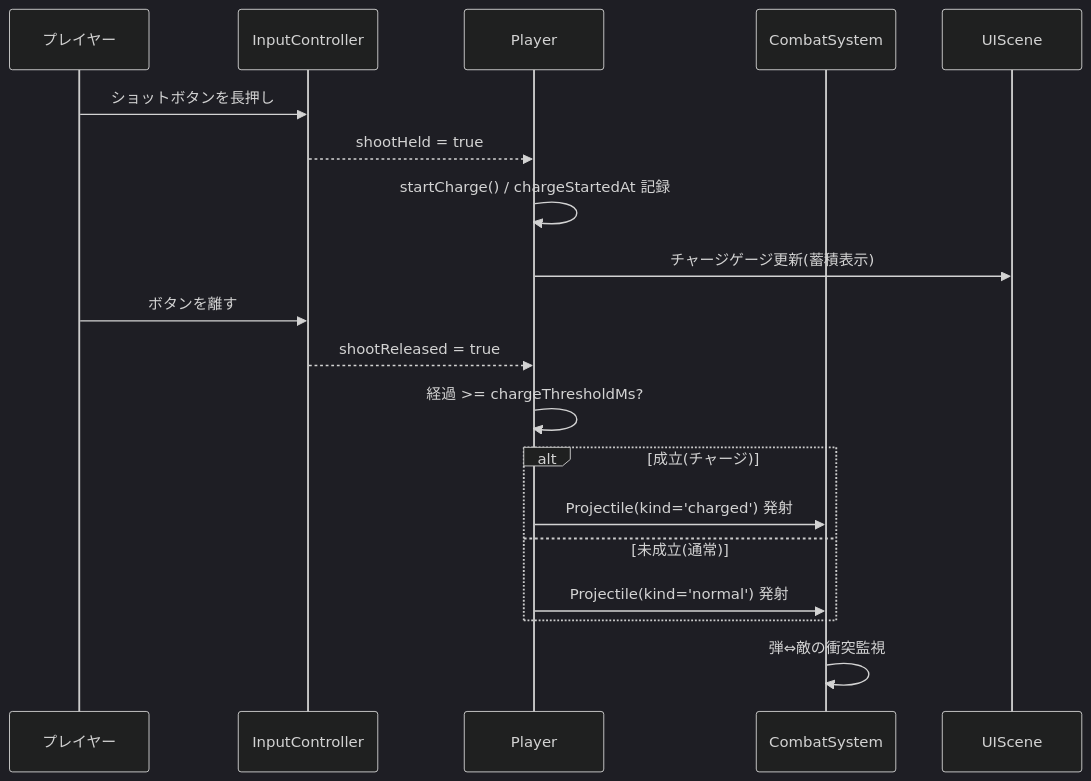
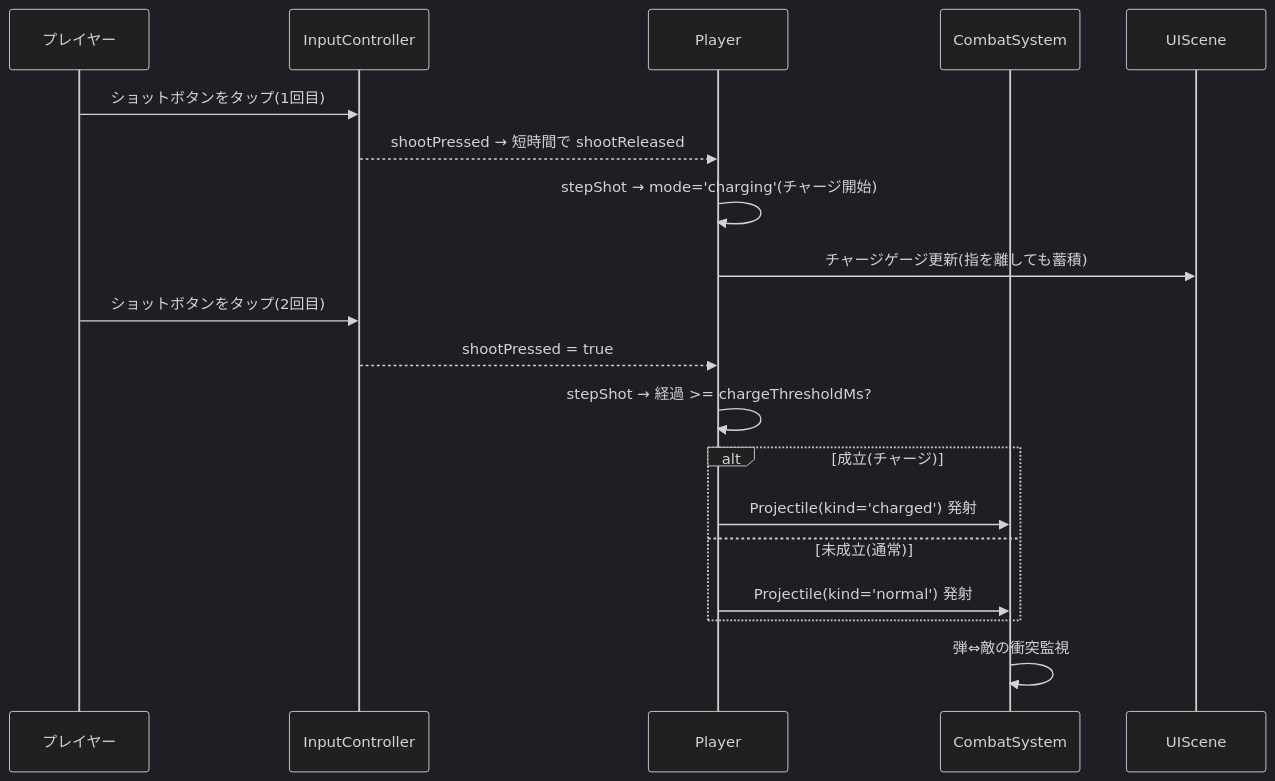
Before and after one commit to n-yata/last-spark: the third of 4 diagrams in docs/functional-design.md, drawn with Mermaid (dark theme). The commit also changed other lines of this file and 15 other files, not shown here.

````diff
--- a/docs/functional-design.md
+++ b/docs/functional-design.md
@@ -271,22 +271,22 @@
 ```mermaid
 sequenceDiagram
     participant User as プレイヤー
     participant Input as InputController
     participant Player
     participant Combat as CombatSystem
     participant UI as UIScene
 
-    User->>Input: ショットボタンを長押し
-    Input-->>Player: shootHeld = true
-    Player->>Player: startCharge() / chargeStartedAt 記録
-    Player->>UI: チャージゲージ更新(蓄積表示)
-    User->>Input: ボタンを離す
-    Input-->>Player: shootReleased = true
-    Player->>Player: 経過 >= chargeThresholdMs?
+    User->>Input: ショットボタンをタップ(1回目)
+    Input-->>Player: shootPressed → 短時間で shootReleased
+    Player->>Player: stepShot → mode='charging'(チャージ開始)
+    Player->>UI: チャージゲージ更新(指を離しても蓄積)
+    User->>Input: ショットボタンをタップ(2回目)
+    Input-->>Player: shootPressed = true
+    Player->>Player: stepShot → 経過 >= chargeThresholdMs?
     alt 成立(チャージ)
         Player->>Combat: Projectile(kind='charged') 発射
     else 未成立(通常)
         Player->>Combat: Projectile(kind='normal') 発射
     end
     Combat->>Combat: 弾⇔敵の衝突監視
 ```
````
